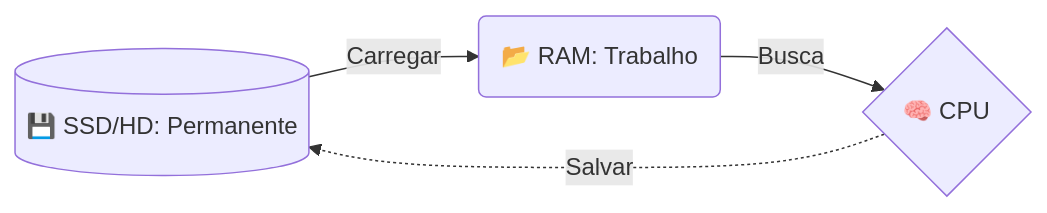
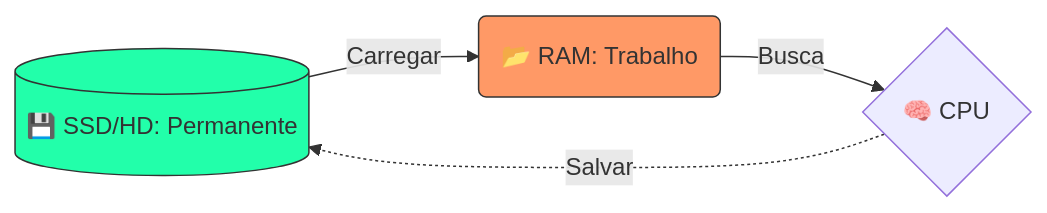
Before and after one commit to ricardotecpro/ads_mod_01_fundamentos_da_computacao: the diagram in docs/aulas/aula-13.md, drawn with Mermaid. The commit also changed other lines of this file and 31 other files, not shown here.

````diff
--- a/docs/aulas/aula-13.md
+++ b/docs/aulas/aula-13.md
@@ -46,6 +38,8 @@
-```mermaid
-graph LR
-    A[(💾 SSD/HD: Permanente)] -->|Carregar| B(📂 RAM: Trabalho)
-    B -->|Busca| C{🧠 CPU}
-    C -.->|Salvar| A
-```
+    ```mermaid
+    graph LR
+        A[(💾 SSD/HD: Permanente)] -->|"Carregar"| B("📂 RAM: Trabalho")
+        B -->|"Busca"| C{"🧠 CPU"}
+        C -.->|"Salvar"| A
+        style A fill:#2fa,stroke:#333
+        style B fill:#f96,stroke:#333
+    ```
````
